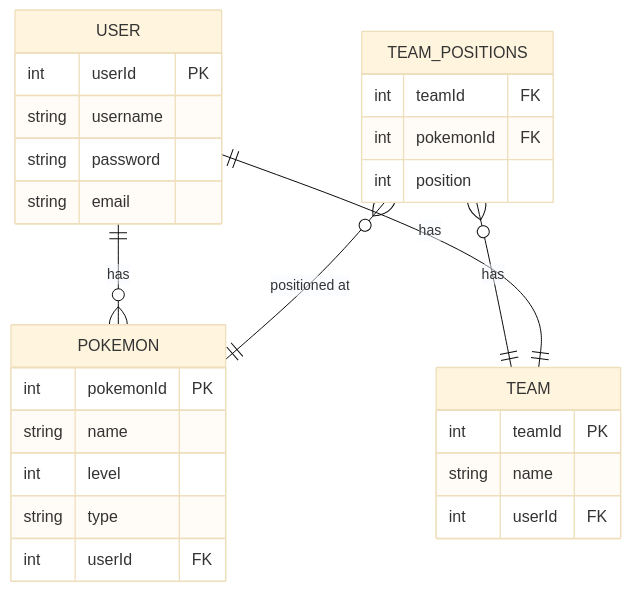
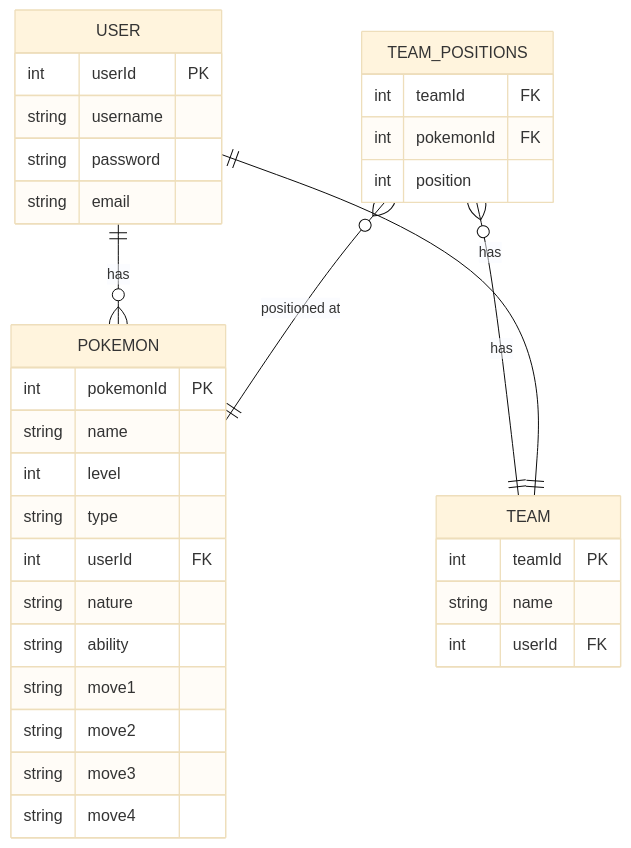
One commit to tjklint/PokePC changed the diagram in README.md. Above: the diagram before and after it, drawn with Mermaid (base theme).

````diff
--- a/README.md
+++ b/README.md
@@ -51,30 +51,36 @@
 ```mermaid
 erDiagram
     USER ||--o{ POKEMON : "has"
     TEAM_POSITIONS o{--|| TEAM: "has"
     TEAM_POSITIONS o{--|| POKEMON: "positioned at"
     USER||--|| TEAM:"has"
     USER {
         int userId PK
         string username
         string password
         string email
     }
     POKEMON {
         int pokemonId PK
         string name
         int level
         string type
         int userId FK
+        string nature
+        string ability
+        string move1
+        string move2
+        string move3
+        string move4
     }
     TEAM {
         int teamId PK
         string name
         int userId FK
     }
     TEAM_POSITIONS {
         int teamId FK
         int pokemonId FK
         int position
     }
 ```
````
